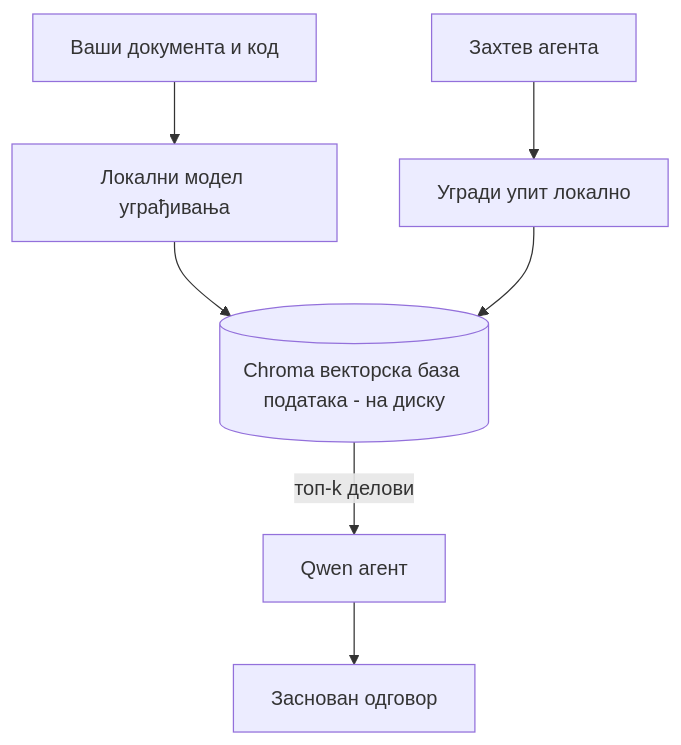
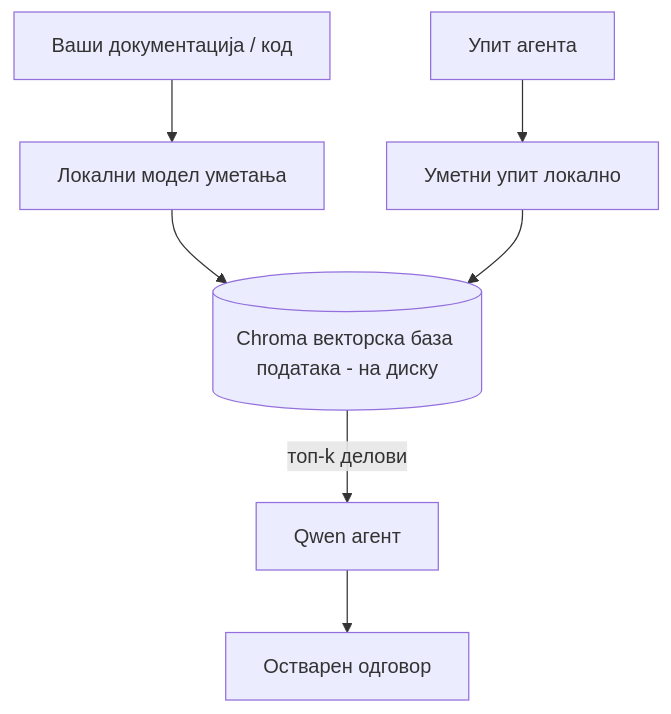
Before and after one commit to gabrielmoreira/agent-skills-mirror: the third of 4 diagrams in mirrors/repos/microsoft@ai-agents-for-beginners/translations/sr/17-creating-local-ai-agents/README.md, drawn with Mermaid. The commit also changed other lines of this file and 4262 other files, not shown here.

````diff
--- a/mirrors/repos/microsoft@ai-agents-for-beginners/translations/sr/17-creating-local-ai-agents/README.md
+++ b/mirrors/repos/microsoft@ai-agents-for-beginners/translations/sr/17-creating-local-ai-agents/README.md
@@ -125,9 +125,9 @@
 ```mermaid
 flowchart TB
-    D[Ваши документа и код] --> E[Локални модел уграђивања]
+    D[Ваши документација / код] --> E[Локални модел уметања]
     E --> V[(Chroma векторска база података - на диску)]
-    Q[Захтев агента] --> QE[Угради упит локално]
+    Q[Упит агента] --> QE[Уметни упит локално]
     QE --> V
     V -->|топ-k делови| A[Qwen агент]
-    A --> Ans[Заснован одговор]
+    A --> Ans[Остварен одговор]
 ```
````
